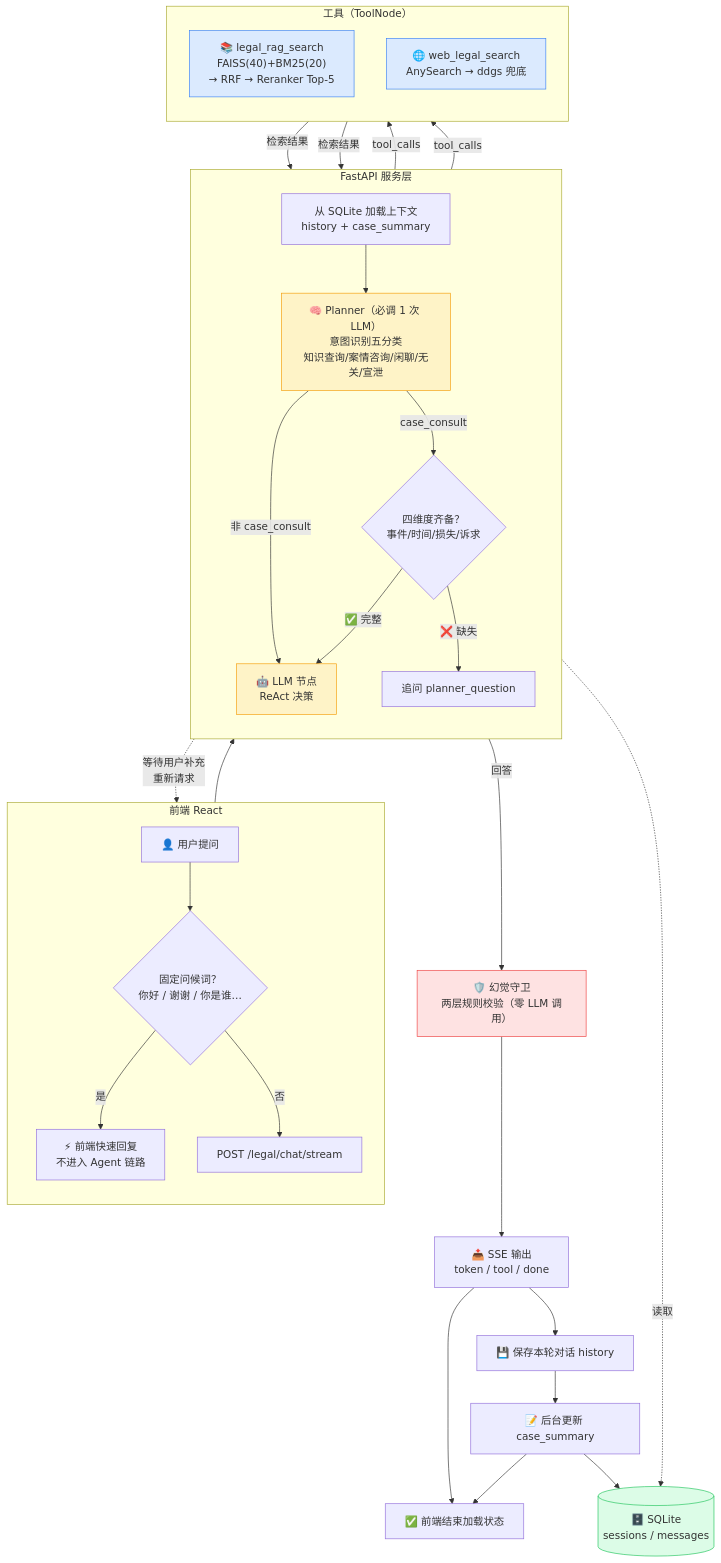
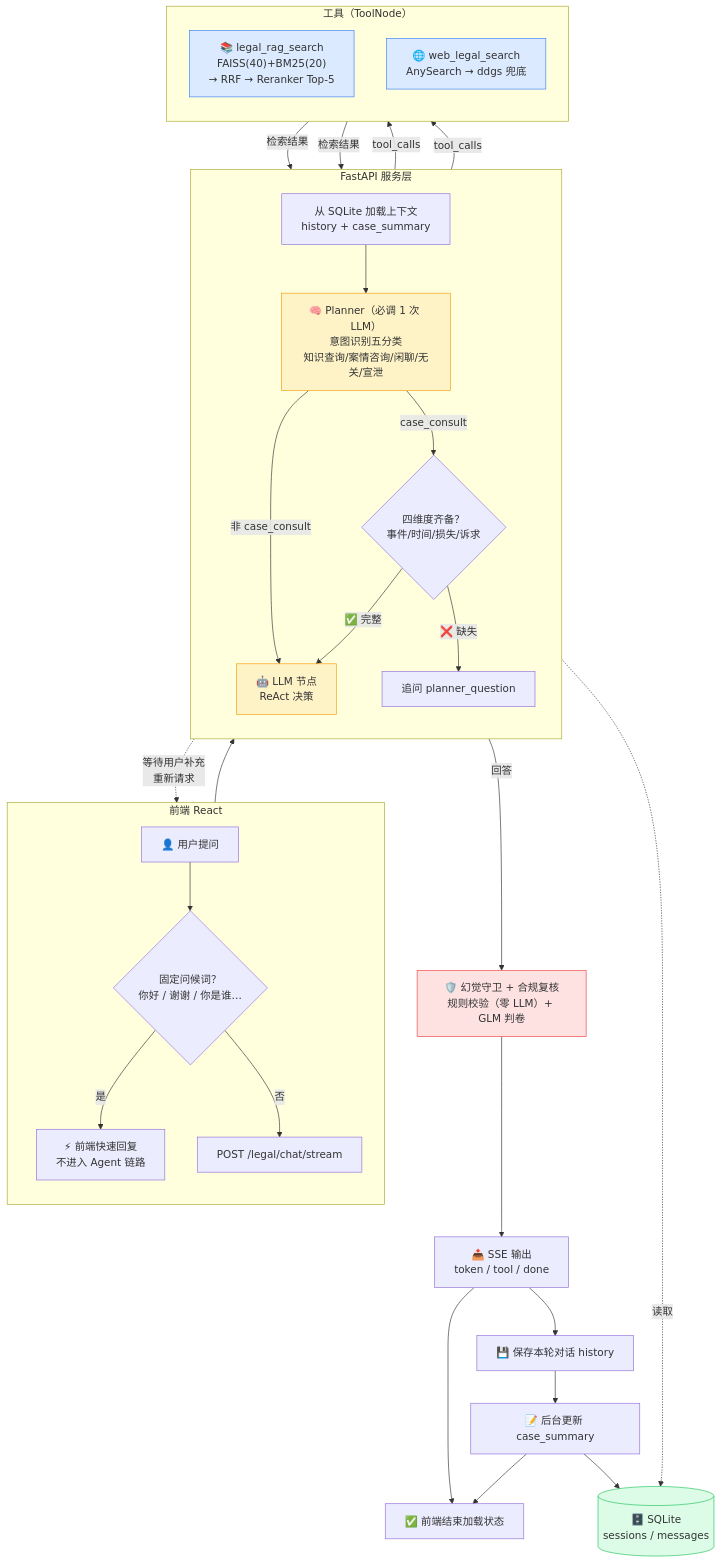
The diagram in README.md (an-s57/legal_agent), drawn with Mermaid before and after one commit. The commit also changed other lines of this file and 5 other files, not shown here.

Commit message:
feat: 合规复核 Agent — LLM-as-Judge 在线化（GLM 异构判卷，fail-open）+ 离线单测

````diff
--- a/README.md
+++ b/README.md
@@ -21,49 +21,49 @@
 ```mermaid
 flowchart TD
     subgraph FE["前端 React"]
         direction TB
         U["👤 用户提问"] --> Q{"固定问候词？<br/>你好 / 谢谢 / 你是谁…"}
         Q -->|"是"| QR["⚡ 前端快速回复<br/>不进入 Agent 链路"]
         Q -->|"否"| REQ["POST /legal/chat/stream"]
     end
 
     subgraph BE["FastAPI 服务层"]
         direction TB
         REQ --> LOAD["从 SQLite 加载上下文<br/>history + case_summary"]
         LOAD --> P["🧠 Planner（必调 1 次 LLM）<br/>意图识别五分类<br/>知识查询/案情咨询/闲聊/无关/宣泄"]
         P -->|"非 case_consult"| LLM["🤖 LLM 节点<br/>ReAct 决策"]
         P -->|"case_consult"| SLOT{"四维度齐备？<br/>事件/时间/损失/诉求"}
         SLOT -->|"✅ 完整"| LLM
         SLOT -->|"❌ 缺失"| ASK["追问 planner_question"]
         ASK -.->|"等待用户补充<br/>重新请求"| U
     end
 
     subgraph TOOLBOX["工具（ToolNode）"]
         direction TB
         RAG["📚 legal_rag_search<br/>FAISS(40)+BM25(20)<br/>→ RRF → Reranker Top-5"]
         WEB["🌐 web_legal_search<br/>AnySearch → ddgs 兜底"]
     end
 
     LLM -->|"tool_calls"| RAG
     LLM -->|"tool_calls"| WEB
     RAG -->|"检索结果"| LLM
     WEB -->|"检索结果"| LLM
-    LLM -->|"回答"| GUARD["🛡️ 幻觉守卫<br/>两层规则校验（零 LLM 调用）"]
+    LLM -->|"回答"| GUARD["🛡️ 幻觉守卫 + 合规复核<br/>规则校验（零 LLM）+ GLM 判卷"]
     GUARD --> OUT["📤 SSE 输出<br/>token / tool / done"]
 
     OUT --> FE_DONE["✅ 前端结束加载状态"]
     OUT --> SAVE["💾 保存本轮对话 history"]
     SAVE --> SUM["📝 后台更新 case_summary"]
     SUM --> FE_DONE
     SUM --> DB[("🗄️ SQLite<br/>sessions / messages")]
     LOAD -.->|"读取"| DB
 
     classDef llm fill:#fef3c7,stroke:#f59e0b;
     classDef tool fill:#dbeafe,stroke:#3b82f6;
     classDef guard fill:#fee2e2,stroke:#ef4444;
     classDef store fill:#dcfce7,stroke:#22c55e;
     class P,LLM llm;
     class RAG,WEB tool;
     class GUARD guard;
     class DB store;
 ```
````
